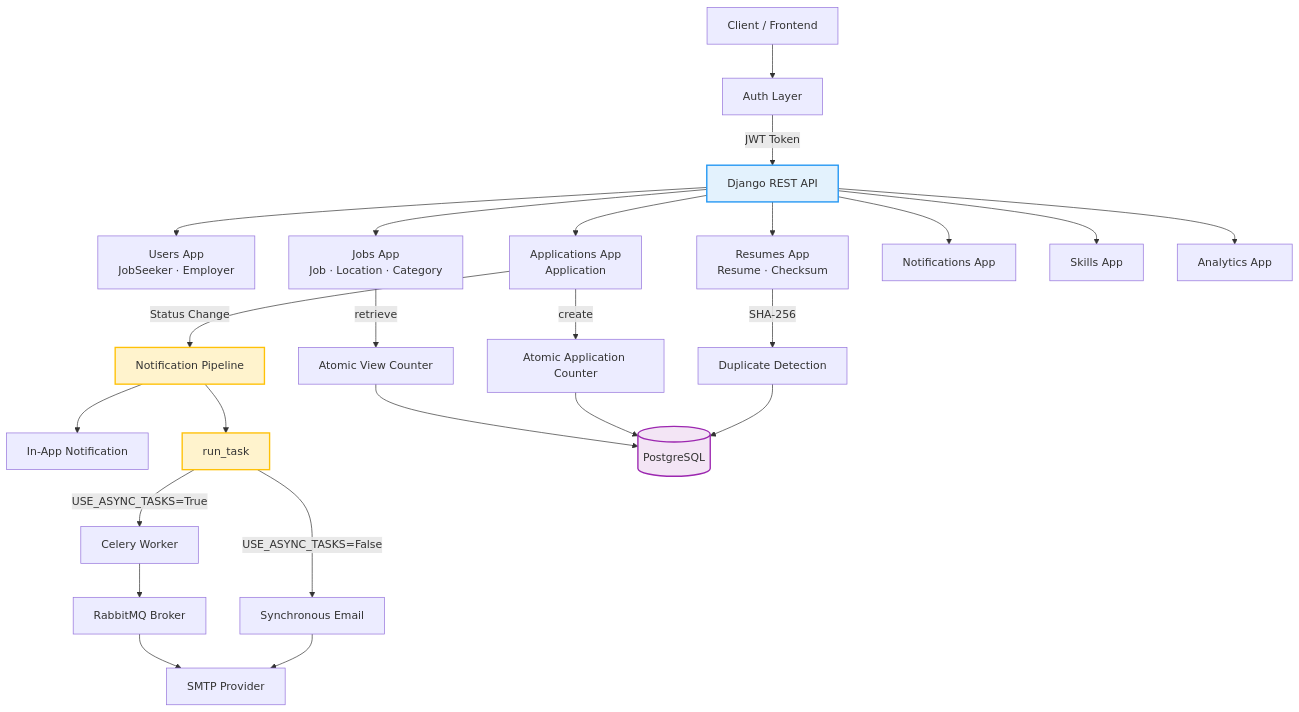
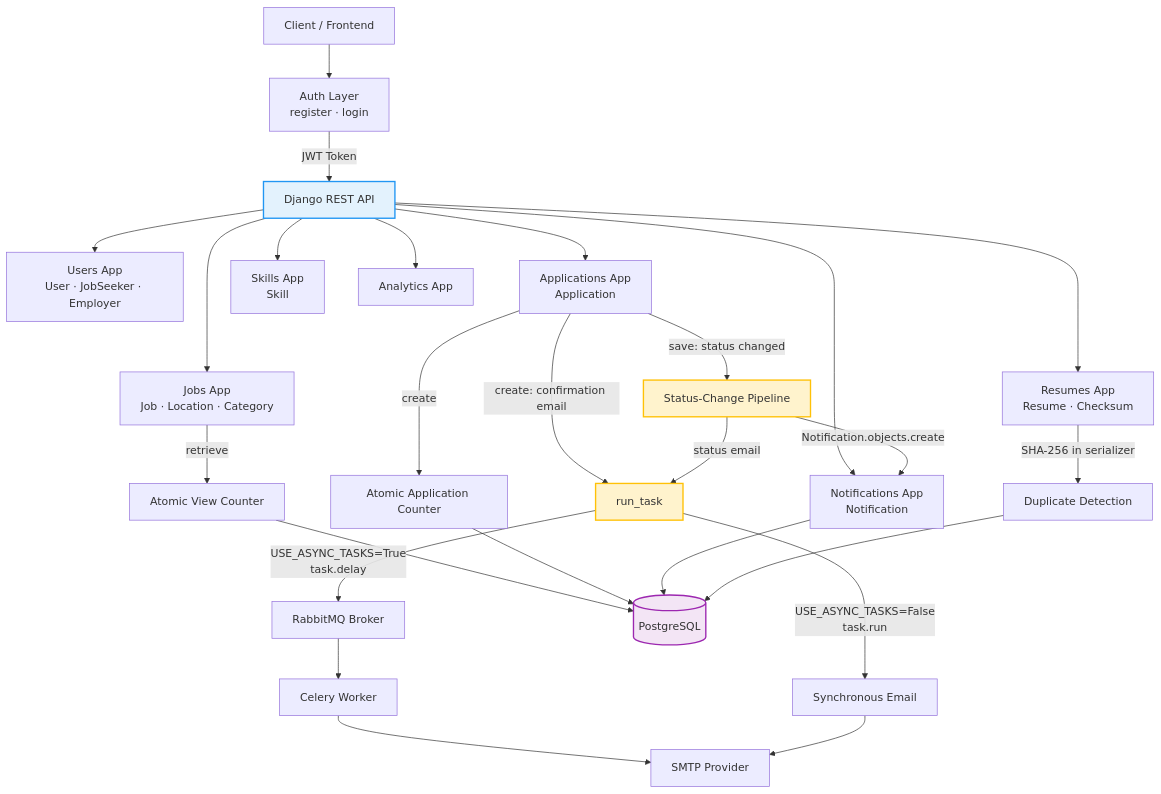
One commit to jubriltayo/anywork changed the first of 3 diagrams in README.md. Above: the diagram before and after it, drawn with Mermaid. The commit also changed other lines of this file, not shown here.

First line of the commit message:
Refine application diagrams and user roles in README

````diff
--- a/README.md
+++ b/README.md
@@ -170,36 +170,38 @@
 ```mermaid
 graph TD
-    Client[Client / Frontend] --> Auth[Auth Layer]
-
+    Client[Client / Frontend] --> Auth[Auth Layer<br/>register · login]
     Auth --> |JWT Token| API[Django REST API]
 
-    API --> Users[Users App<br/>JobSeeker · Employer]
+    API --> Users[Users App<br/>User · JobSeeker · Employer]
     API --> Jobs[Jobs App<br/>Job · Location · Category]
     API --> Applications[Applications App<br/>Application]
     API --> Resumes[Resumes App<br/>Resume · Checksum]
-    API --> Notifications[Notifications App]
-    API --> Skills[Skills App]
+    API --> Notifications[Notifications App<br/>Notification]
+    API --> Skills[Skills App<br/>Skill]
     API --> Analytics[Analytics App]
 
-    Applications --> |Status Change| NotifPipeline[Notification Pipeline]
-    NotifPipeline --> InApp[In-App Notification]
-    NotifPipeline --> AsyncHandler[run_task]
-    AsyncHandler --> |USE_ASYNC_TASKS=True| Celery[Celery Worker]
-    AsyncHandler --> |USE_ASYNC_TASKS=False| SyncEmail[Synchronous Email]
-    Celery --> RabbitMQ[RabbitMQ Broker]
-    RabbitMQ --> SMTP[SMTP Provider]
+    Applications --> |create| AppTracker[Atomic Application Counter]
+    Applications --> |create: confirmation email| AsyncHandler[run_task]
+    Applications --> |save: status changed| NotifPipeline[Status-Change Pipeline]
+    NotifPipeline --> |Notification.objects.create| Notifications
+    NotifPipeline --> |status email| AsyncHandler
+
+    AsyncHandler --> |USE_ASYNC_TASKS=True<br/>task.delay| RabbitMQ[RabbitMQ Broker]
+    RabbitMQ --> Celery[Celery Worker]
+    Celery --> SMTP[SMTP Provider]
+    AsyncHandler --> |USE_ASYNC_TASKS=False<br/>task.run| SyncEmail[Synchronous Email]
     SyncEmail --> SMTP
 
     Jobs --> |retrieve| AnalyticsTracker[Atomic View Counter]
-    Applications --> |create| AppTracker[Atomic Application Counter]
     AnalyticsTracker --> DB[(PostgreSQL)]
     AppTracker --> DB
+    Notifications --> DB
 
-    Resumes --> |SHA-256| DupeCheck[Duplicate Detection]
+    Resumes --> |SHA-256 in serializer| DupeCheck[Duplicate Detection]
     DupeCheck --> DB
 
     style API fill:#e3f2fd,stroke:#2196f3,stroke-width:2px
     style NotifPipeline fill:#fff3cd,stroke:#ffc107,stroke-width:2px
     style AsyncHandler fill:#fff3cd,stroke:#ffc107,stroke-width:2px
     style DB fill:#f3e5f5,stroke:#9c27b0,stroke-width:2px
 ```
````
